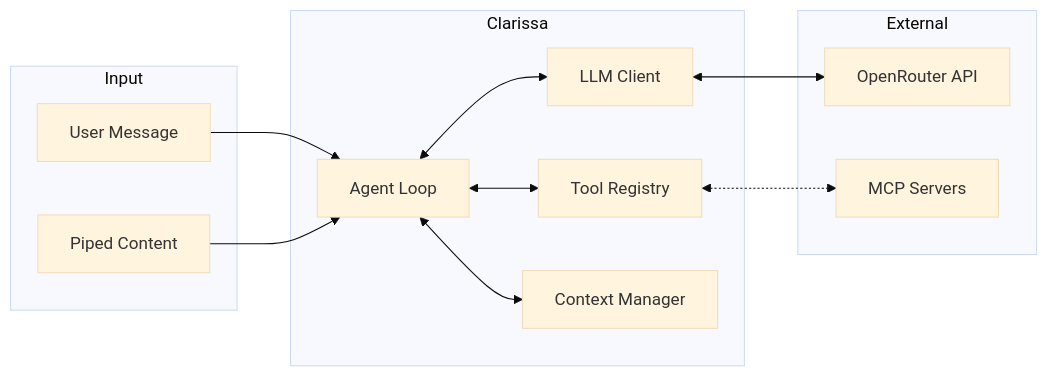
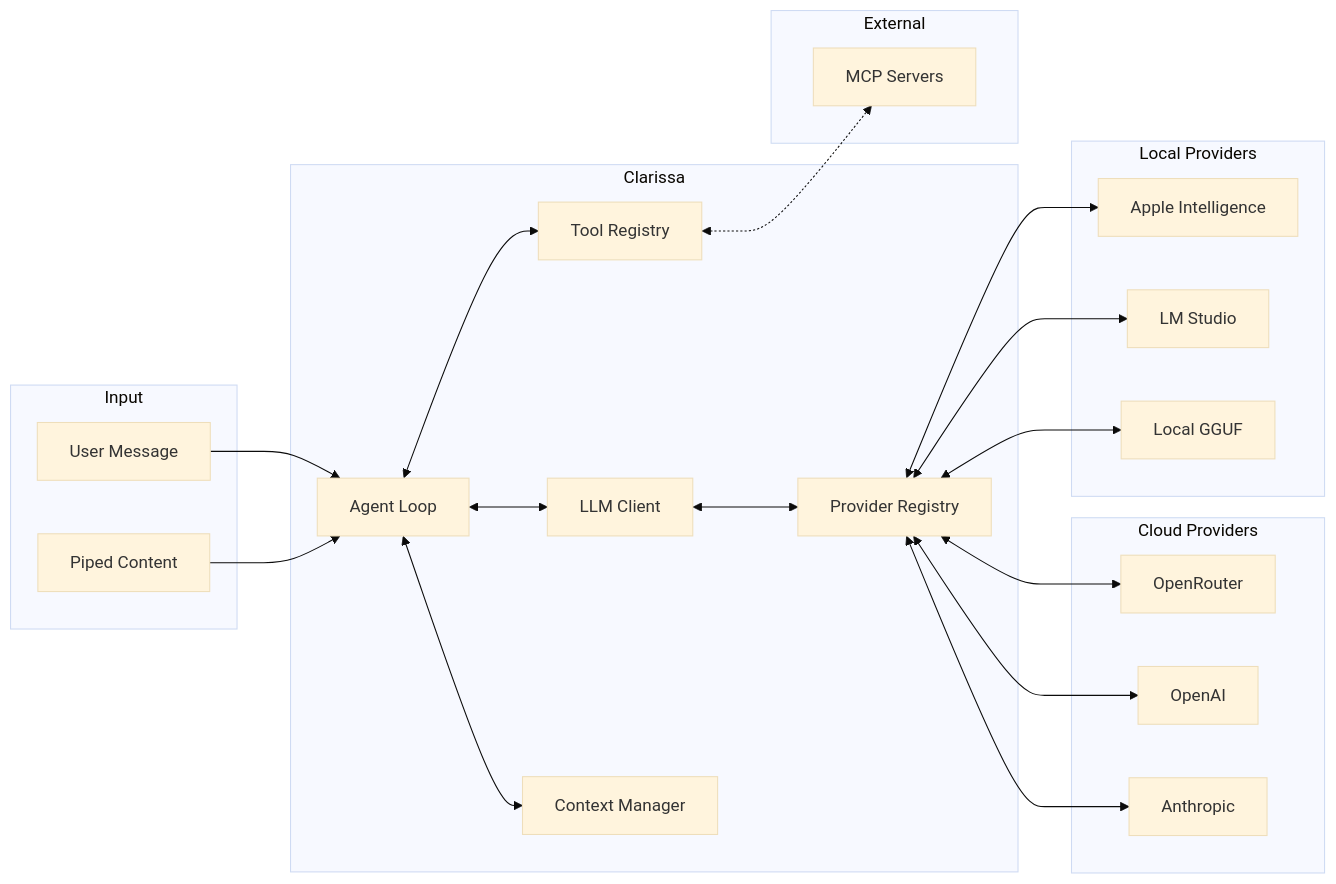
Before and after one commit to cameronrye/clarissa: the first of 2 diagrams in README.md, drawn with Mermaid (base theme). The commit also changed other lines of this file and 6 other files, not shown here.

````diff
--- a/README.md
+++ b/README.md
@@ -49,27 +53,45 @@
 ```mermaid
 flowchart LR
     subgraph Input
         A[User Message]
         B[Piped Content]
     end
 
     subgraph Clarissa
         C[Agent Loop]
         D[LLM Client]
         E[Tool Registry]
         F[Context Manager]
+        G[Provider Registry]
+    end
+
+    subgraph Cloud Providers
+        H[OpenRouter]
+        I[OpenAI]
+        J[Anthropic]
+    end
+
+    subgraph Local Providers
+        K[Apple Intelligence]
+        L[LM Studio]
+        M[Local GGUF]
     end
 
     subgraph External
-        G[OpenRouter API]
-        H[MCP Servers]
+        N[MCP Servers]
     end
 
     A --> C
     B --> C
     C <--> D
     C <--> E
     C <--> F
     D <--> G
-    E <-.-> H
+    G <--> H
+    G <--> I
+    G <--> J
+    G <--> K
+    G <--> L
+    G <--> M
+    E <-.-> N
 ```
````
